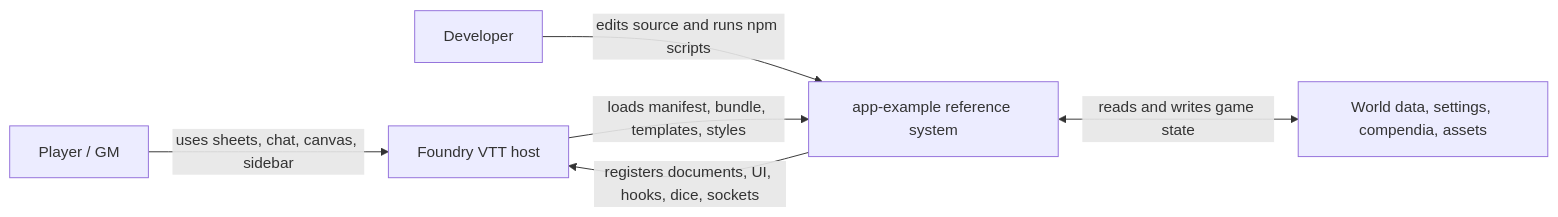
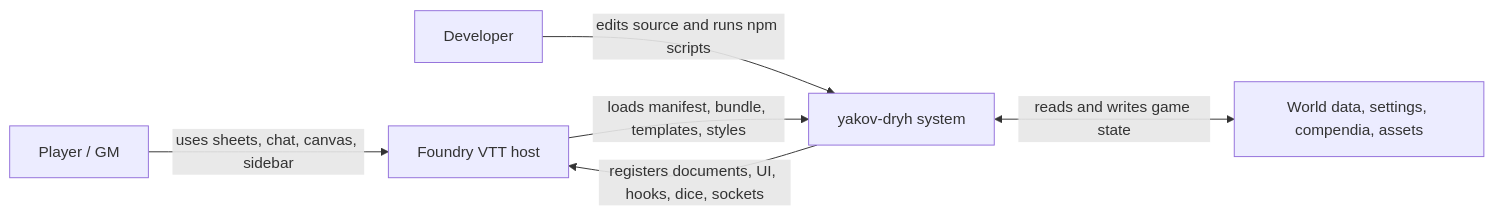
The first of 3 diagrams in AGENTS.md (iosipov27/yakov-dryh), drawn with Mermaid before and after one commit. The commit also changed other lines of this file and 1958 other files, not shown here.

````diff
--- a/AGENTS.md
+++ b/AGENTS.md
@@ -519,14 +479,14 @@
 ```mermaid
 flowchart LR
     user["Player / GM"]
     dev["Developer"]
     foundry["Foundry VTT host"]
-    dh["app-example reference system"]
+    yd["yakov-dryh system"]
     data["World data, settings, compendia, assets"]
 
     user -->|"uses sheets, chat, canvas, sidebar"| foundry
-    foundry -->|"loads manifest, bundle, templates, styles"| dh
-    dh -->|"registers documents, UI, hooks, dice, sockets"| foundry
-    dh <-->|"reads and writes game state"| data
-    dev -->|"edits source and runs npm scripts"| dh
+    foundry -->|"loads manifest, bundle, templates, styles"| yd
+    yd -->|"registers documents, UI, hooks, dice, sockets"| foundry
+    yd <-->|"reads and writes game state"| data
+    dev -->|"edits source and runs npm scripts"| yd
 ```
````
